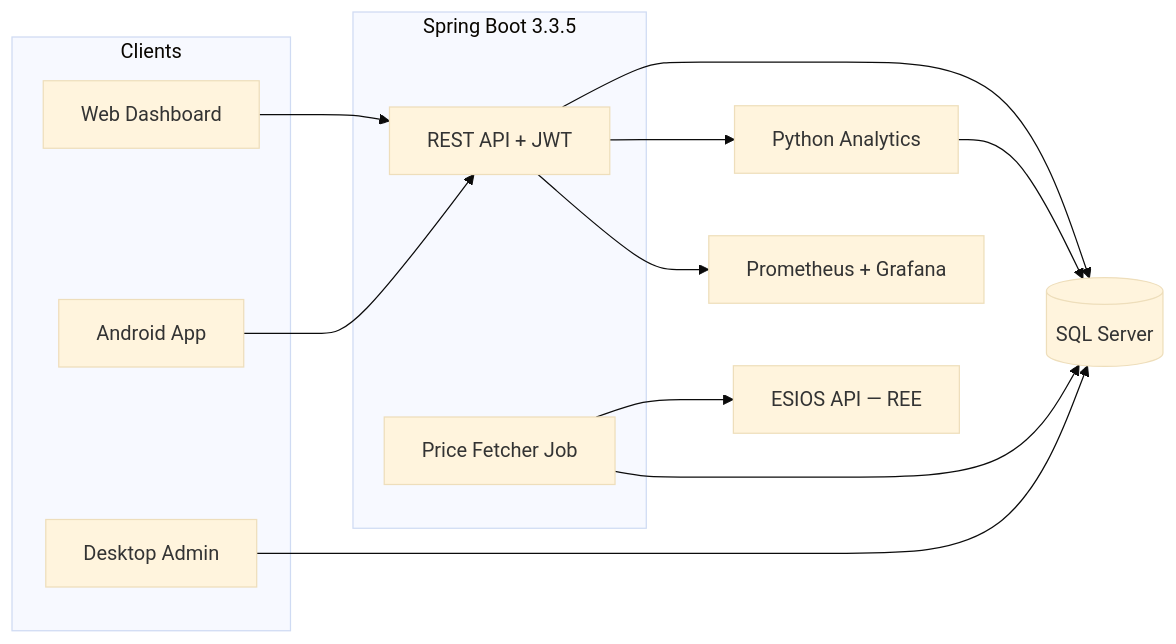
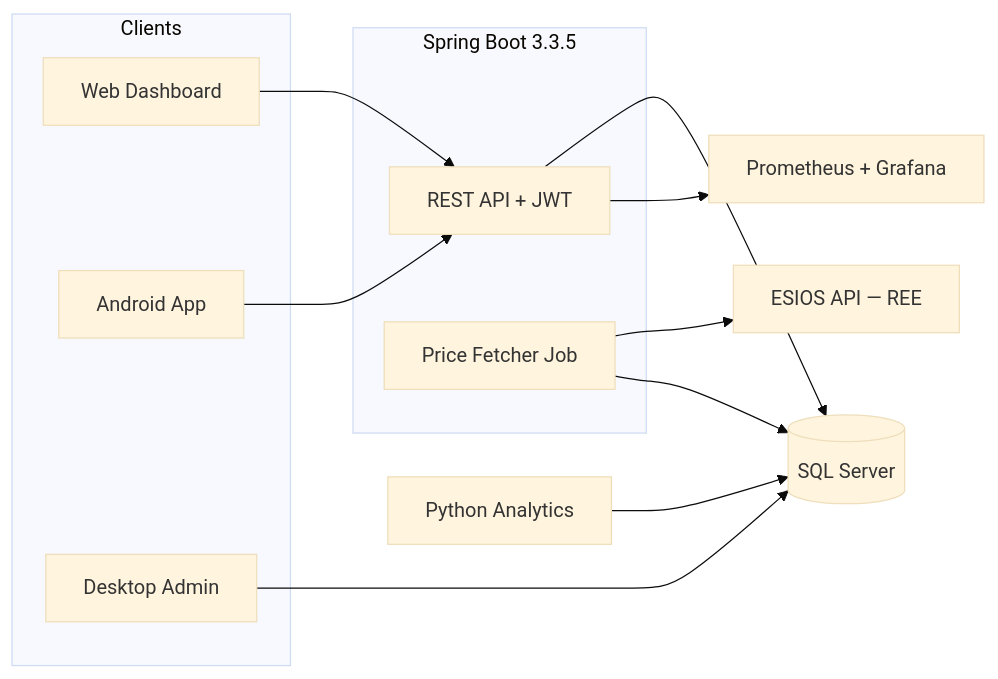
The diagram in README.md (Manstor21/WattWise), drawn with Mermaid (base theme) before and after one commit. The commit also changed other lines of this file, not shown here.

Commit message:
docs(readme): polish quick-start, add troubleshooting, fix analytics run command

````diff
--- a/README.md
+++ b/README.md
@@ -17,28 +17,27 @@
 ```mermaid
 flowchart LR
     subgraph Clients
         WEB[Web Dashboard]
         ANDROID[Android App]
         DESKTOP[Desktop Admin]
     end
 
     subgraph Backend[Spring Boot 3.3.5]
         API[REST API + JWT]
         JOB[Price Fetcher Job]
     end
 
     ANALYTICS[Python Analytics]
     DB[(SQL Server)]
     ESIOS[ESIOS API — REE]
     OBS[Prometheus + Grafana]
 
     WEB --> API
     ANDROID --> API
     DESKTOP --> DB
     API --> DB
     JOB --> ESIOS
     JOB --> DB
     ANALYTICS --> DB
-    API --> ANALYTICS
     API --> OBS
 ```
````
